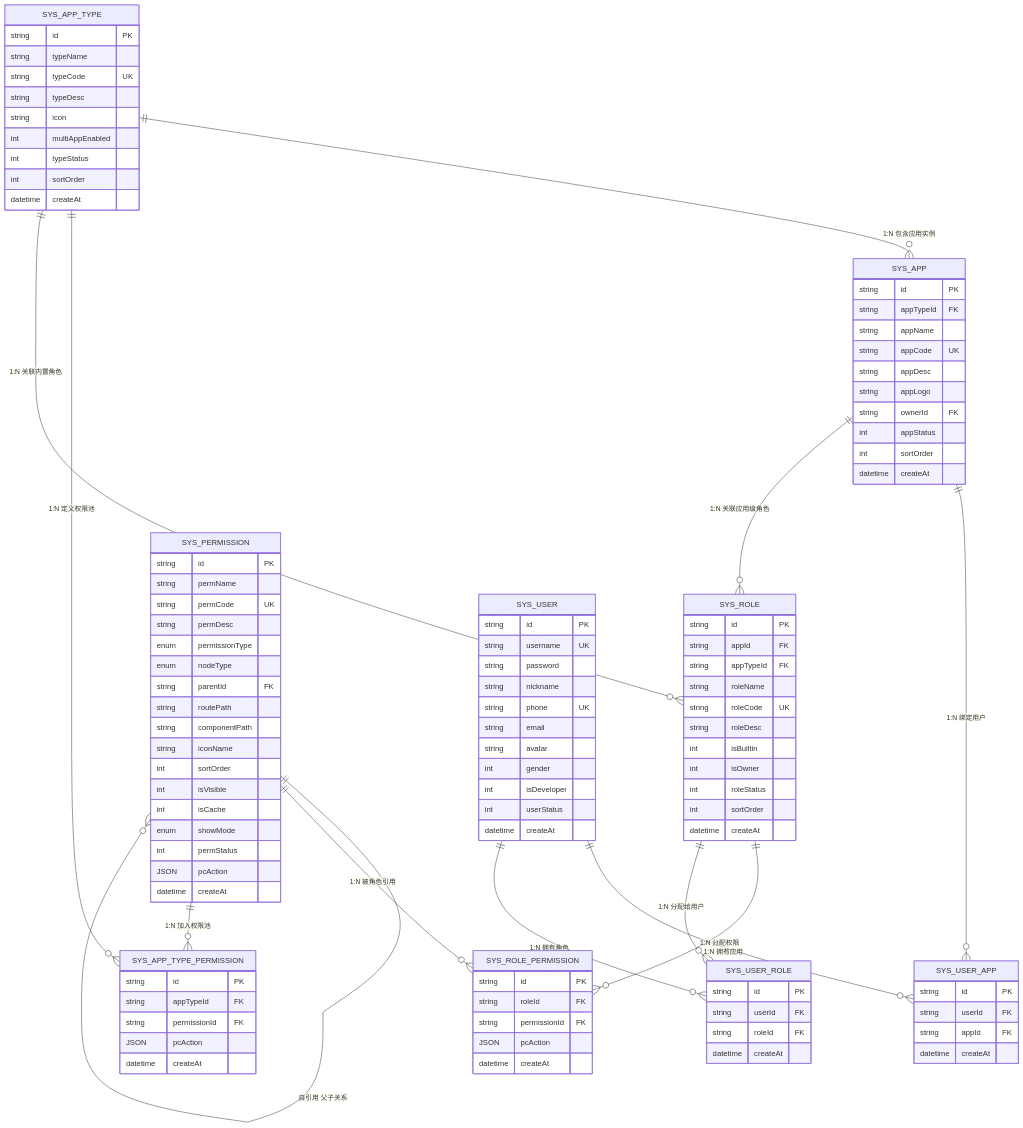
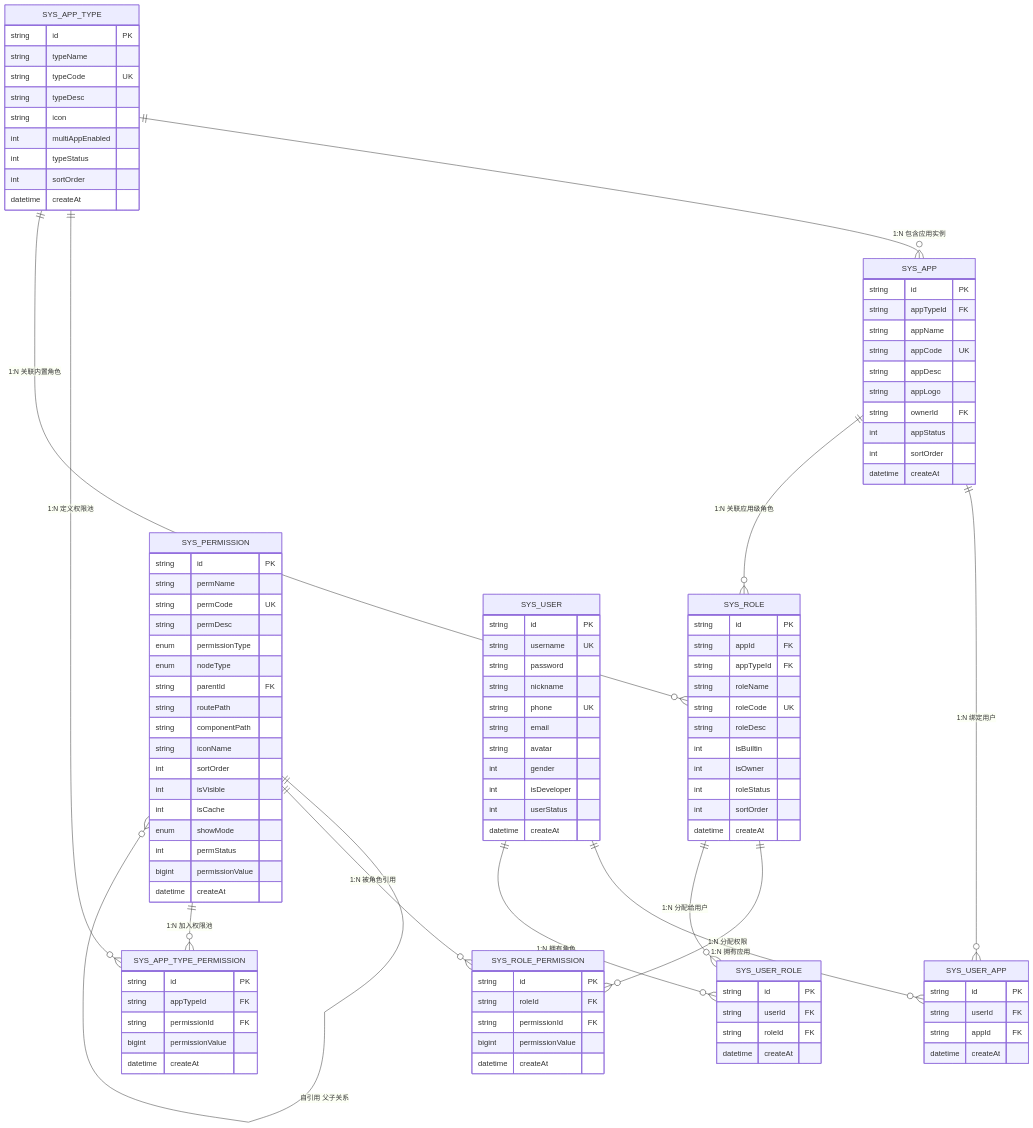
One commit to huyumo/moyan-mfw changed the diagram in docs/database/database-er-diagram.md. Above: the diagram before and after it, drawn with Mermaid. The commit also changed other lines of this file and 28 other files, not shown here.

```diff
--- a/docs/database/database-er-diagram.md
+++ b/docs/database/database-er-diagram.md
@@ -95,7 +95,7 @@
         int isCache
         enum showMode
         int permStatus
-        JSON pcAction
+        bigint permissionValue
         datetime createAt
     }
 
@@ -117,7 +117,7 @@
         string id PK
         string roleId FK
         string permissionId FK
-        JSON pcAction
+        bigint permissionValue
         datetime createAt
     }
 
@@ -125,7 +125,7 @@
         string id PK
         string appTypeId FK
         string permissionId FK
-        JSON pcAction
+        bigint permissionValue
         datetime createAt
     }
 
```
